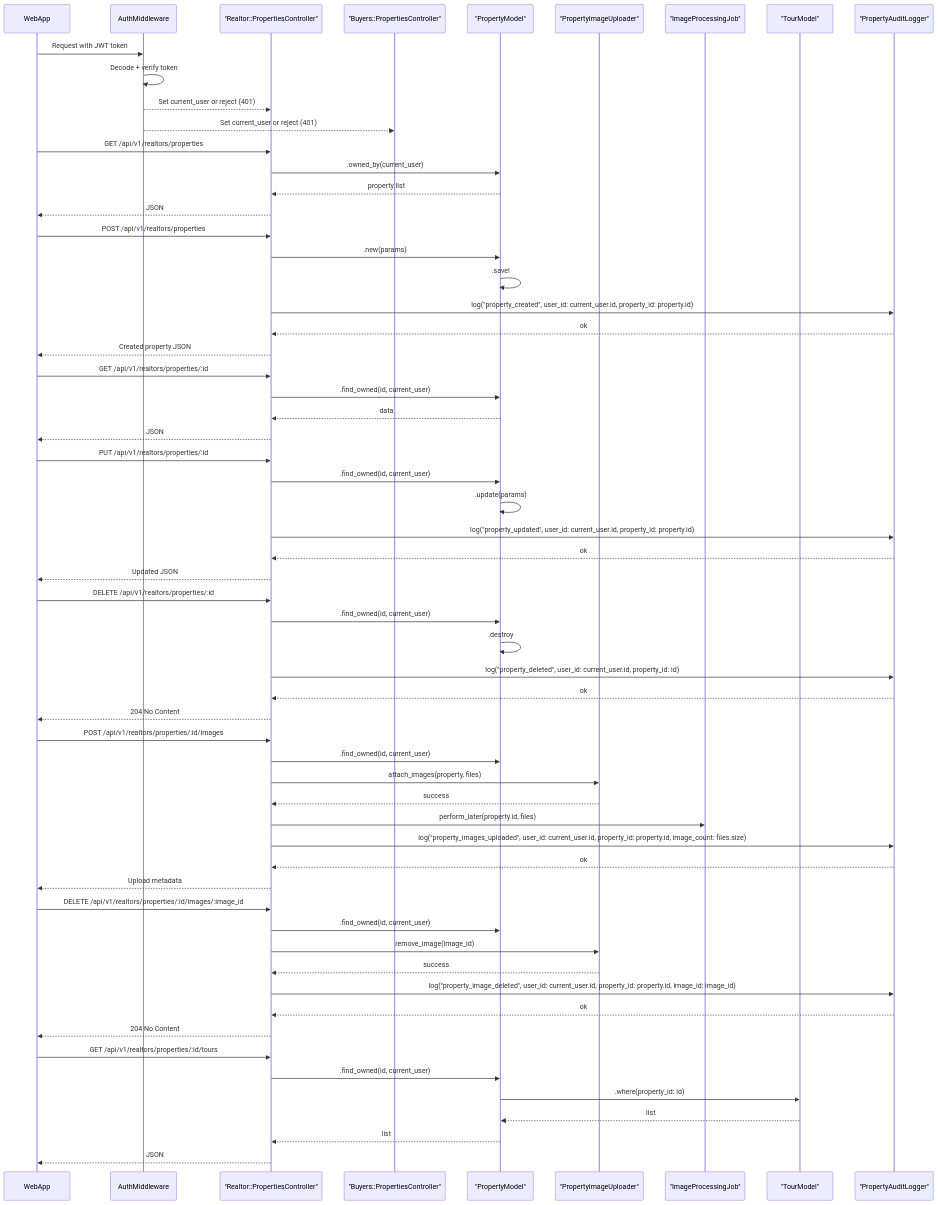
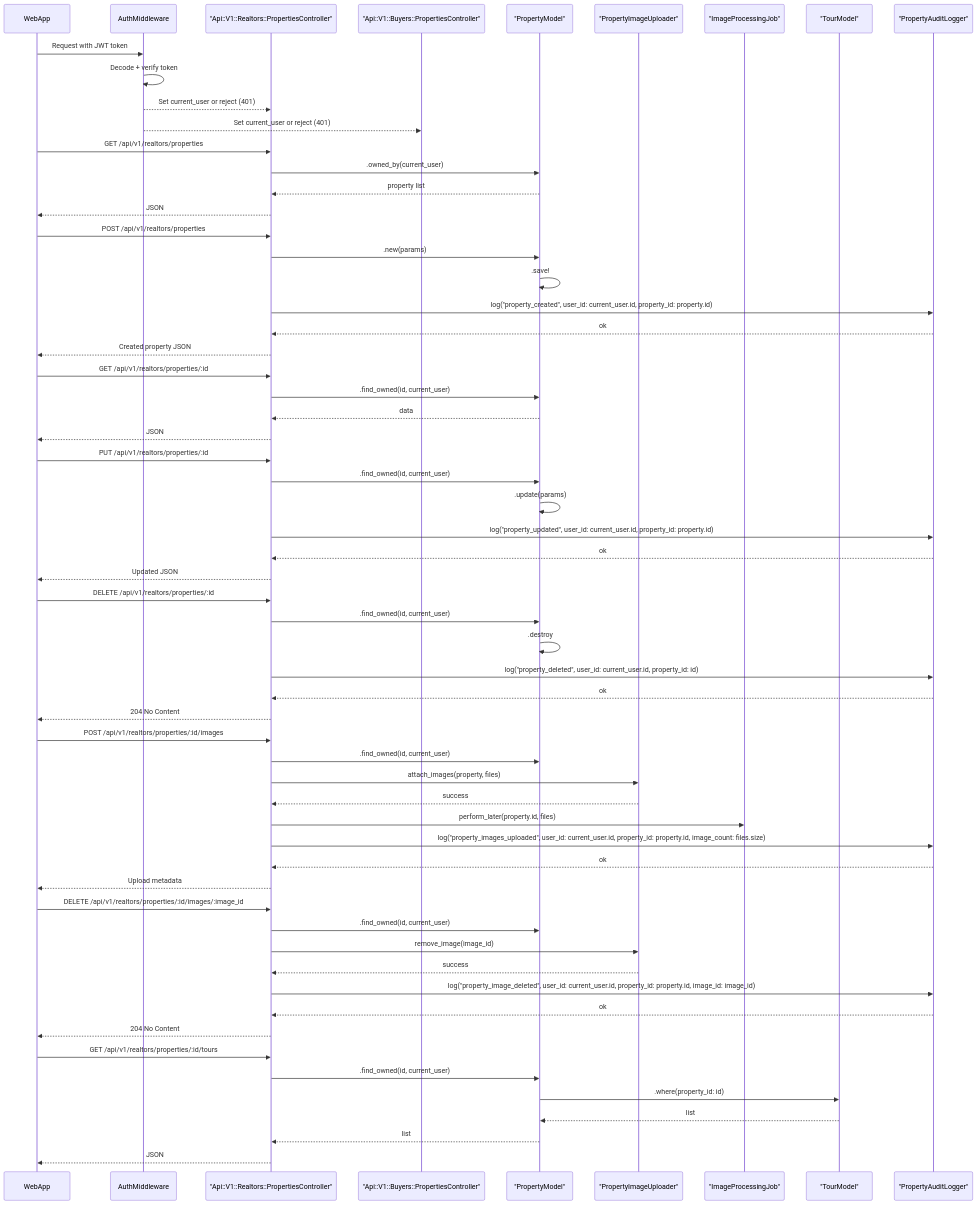
Before and after one commit to Video-API-architecture/architecture-proposal: the diagram in diagrams/realtors/properties.mermaid, drawn with Mermaid. The commit also changed 26 other files, not shown here.

Commit message:
add missing namespaces in diagrams

```diff
--- a/diagrams/realtors/properties.mermaid
+++ b/diagrams/realtors/properties.mermaid
@@ -1,79 +1,79 @@
 sequenceDiagram
     participant WebApp
     participant Auth as AuthMiddleware
-    participant RPC as "Realtor::PropertiesController"
-    participant BPC as "Buyers::PropertiesController"
+    participant RPC as "Api::V1::Realtors::PropertiesController"
+    participant BPC as "Api::V1::Buyers::PropertiesController"
     participant Property as "PropertyModel"
     participant ImageUploader as "PropertyImageUploader"
     participant ImageJob as "ImageProcessingJob"
     participant Tour as "TourModel"
     participant Logger as "PropertyAuditLogger"
 
     %% Auth
     WebApp->>Auth: Request with JWT token
     Auth->>Auth: Decode + verify token
     Auth-->>RPC: Set current_user or reject (401)
     Auth-->>BPC: Set current_user or reject (401)
 
     %% Realtor: List properties
     WebApp->>RPC: GET /api/v1/realtors/properties
     RPC->>Property: .owned_by(current_user)
     Property-->>RPC: property list
     RPC-->>WebApp: JSON
 
     %% Realtor: Create property
     WebApp->>RPC: POST /api/v1/realtors/properties
     RPC->>Property: .new(params)
     Property->>Property: .save!
     RPC->>Logger: log("property_created", user_id: current_user.id, property_id: property.id)
     Logger-->>RPC: ok
     RPC-->>WebApp: Created property JSON
 
     %% Realtor: Get property
     WebApp->>RPC: GET /api/v1/realtors/properties/:id
     RPC->>Property: .find_owned(id, current_user)
     Property-->>RPC: data
     RPC-->>WebApp: JSON
 
     %% Realtor: Update property
     WebApp->>RPC: PUT /api/v1/realtors/properties/:id
     RPC->>Property: .find_owned(id, current_user)
     Property->>Property: .update(params)
     RPC->>Logger: log("property_updated", user_id: current_user.id, property_id: property.id)
     Logger-->>RPC: ok
     RPC-->>WebApp: Updated JSON
 
     %% Realtor: Delete property
     WebApp->>RPC: DELETE /api/v1/realtors/properties/:id
     RPC->>Property: .find_owned(id, current_user)
     Property->>Property: .destroy
     RPC->>Logger: log("property_deleted", user_id: current_user.id, property_id: id)
     Logger-->>RPC: ok
     RPC-->>WebApp: 204 No Content
 
     %% Realtor: Upload images
     WebApp->>RPC: POST /api/v1/realtors/properties/:id/images
     RPC->>Property: .find_owned(id, current_user)
     RPC->>ImageUploader: attach_images(property, files)
     ImageUploader-->>RPC: success
     RPC->>ImageJob: perform_later(property.id, files)
     RPC->>Logger: log("property_images_uploaded", user_id: current_user.id, property_id: property.id, image_count: files.size)
     Logger-->>RPC: ok
     RPC-->>WebApp: Upload metadata
 
     %% Realtor: Delete image
     WebApp->>RPC: DELETE /api/v1/realtors/properties/:id/images/:image_id
     RPC->>Property: .find_owned(id, current_user)
     RPC->>ImageUploader: remove_image(image_id)
     ImageUploader-->>RPC: success
     RPC->>Logger: log("property_image_deleted", user_id: current_user.id, property_id: property.id, image_id: image_id)
     Logger-->>RPC: ok
     RPC-->>WebApp: 204 No Content
 
     %% Realtor: View property tours
     WebApp->>RPC: GET /api/v1/realtors/properties/:id/tours
     RPC->>Property: .find_owned(id, current_user)
     Property->>Tour: .where(property_id: id)
     Tour-->>Property: list
     Property-->>RPC: list
     RPC-->>WebApp: JSON
```
